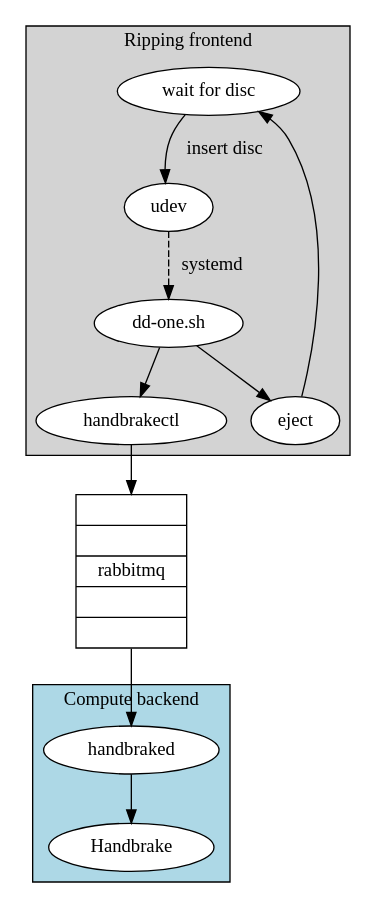
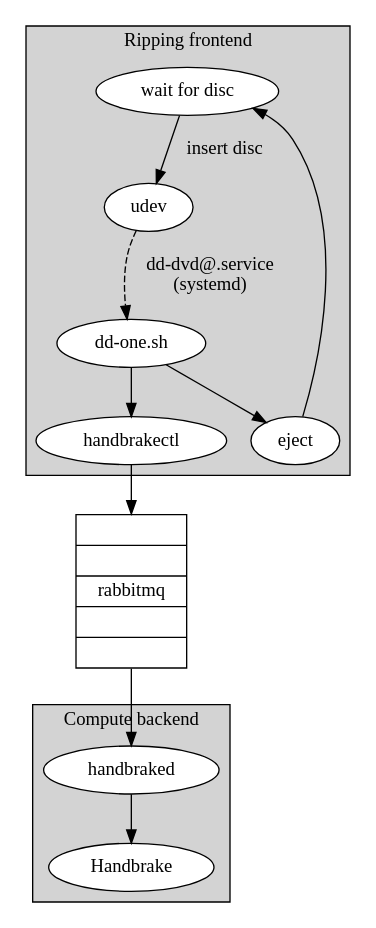
Before and after one commit to mgalgs/mgalgs.github.io: the diagram in static/handbraked1.dot, drawn with Graphviz. The commit also changed 4 other files, not shown here.

```diff
--- a/static/handbraked1.dot
+++ b/static/handbraked1.dot
@@ -1,29 +1,29 @@
 digraph G {
     subgraph cluster_ddonefrontend {
         node [style=filled,fillcolor=white];
         style=filled;
         fillcolor=lightgrey;
         label="Ripping frontend";
         "wait for disc" -> udev [label=" insert disc  "];
-        udev -> "dd-one.sh" [label=" systemd",style=dashed];
+        udev -> "dd-one.sh" [label=" dd-dvd@.service\n(systemd)",style=dashed];
         "dd-one.sh" -> handbrakectl;
         "dd-one.sh" -> eject;
         eject -> "wait for disc";
     }
 
     subgraph cluster_compute_backend {
         label="Compute backend"
         style=filled;
-        fillcolor=lightblue;
+        fillcolor=lightgrey;
         node [style=filled,fillcolor=white];
         handbraked -> Handbrake;
     }
 
     "rabbitmq" [
               shape = "record";
               label = "{ <f0> | <f1> | <f2> rabbitmq | <f3> | <f4> }";
               ];
 
     handbrakectl -> "rabbitmq":f0;
     "rabbitmq":f4 -> handbraked;
 }
```
